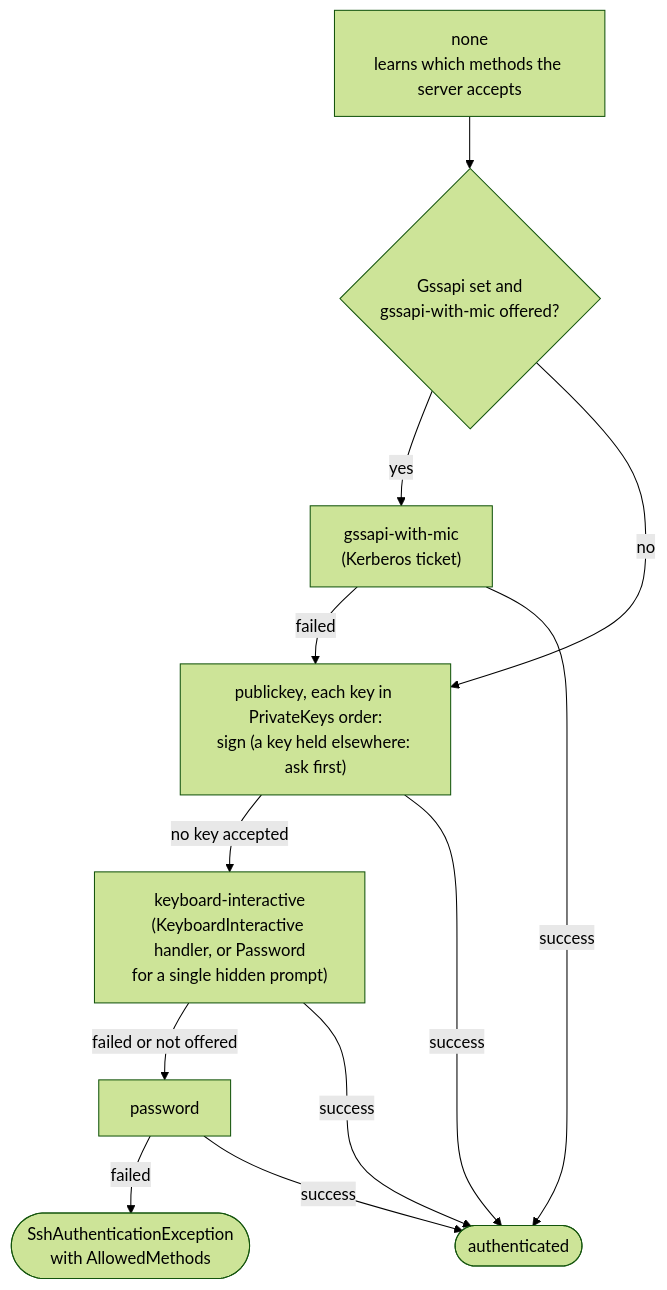
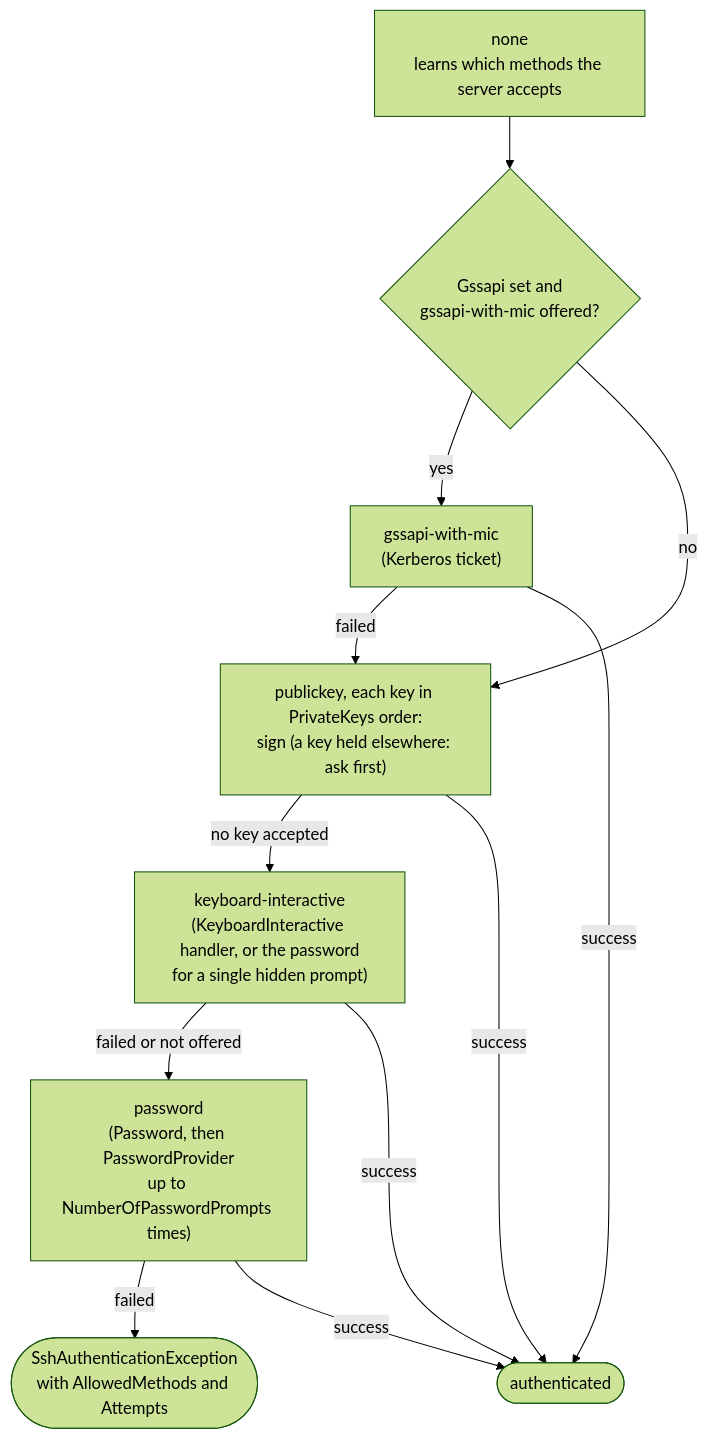
Before and after one commit to zcsizmadia/SshSharp: the first of 2 diagrams in docs/authentication.md, drawn with Mermaid (forest theme). The commit also changed other lines of this file and 27 other files, not shown here.

````diff
--- a/docs/authentication.md
+++ b/docs/authentication.md
@@ -14,14 +15,14 @@
 ```mermaid
 flowchart TD
     none["none<br/>learns which methods the server accepts"] --> gss{"Gssapi set and<br/>gssapi-with-mic offered?"}
     gss -- yes --> kerberos["gssapi-with-mic<br/>(Kerberos ticket)"]
     gss -- no --> keys
     kerberos -- failed --> keys["publickey, each key in PrivateKeys order:<br/>sign (a key held elsewhere: ask first)"]
-    keys -- "no key accepted" --> kbd["keyboard-interactive<br/>(KeyboardInteractive handler, or Password<br/>for a single hidden prompt)"]
-    kbd -- "failed or not offered" --> pw["password"]
-    pw -- failed --> fail(["SshAuthenticationException<br/>with AllowedMethods"])
+    keys -- "no key accepted" --> kbd["keyboard-interactive<br/>(KeyboardInteractive handler, or the password<br/>for a single hidden prompt)"]
+    kbd -- "failed or not offered" --> pw["password<br/>(Password, then PasswordProvider<br/>up to NumberOfPasswordPrompts times)"]
+    pw -- failed --> fail(["SshAuthenticationException<br/>with AllowedMethods and Attempts"])
     kerberos -- success --> ok(["authenticated"])
     keys -- success --> ok
     kbd -- success --> ok
     pw -- success --> ok
 ```
````
